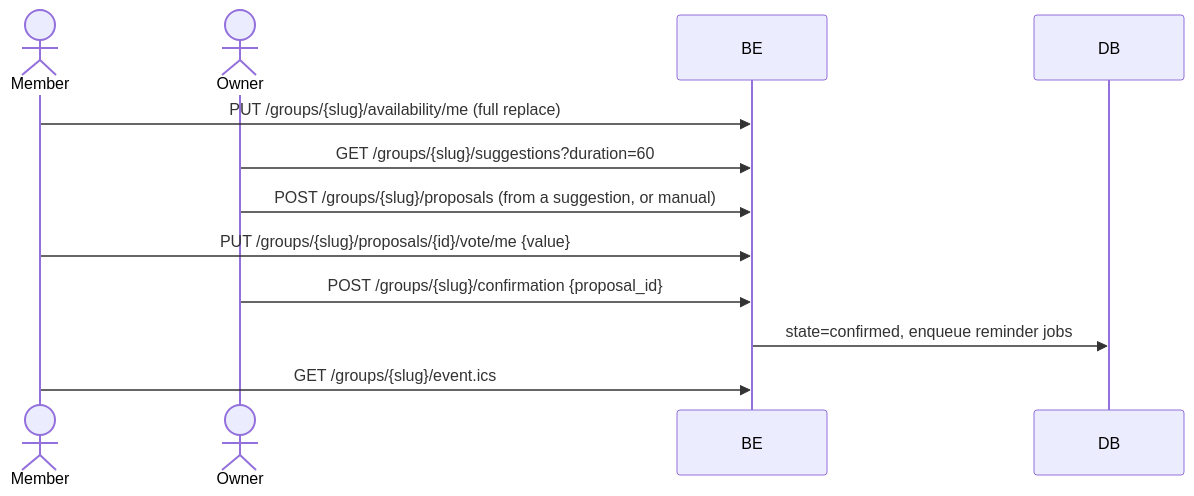
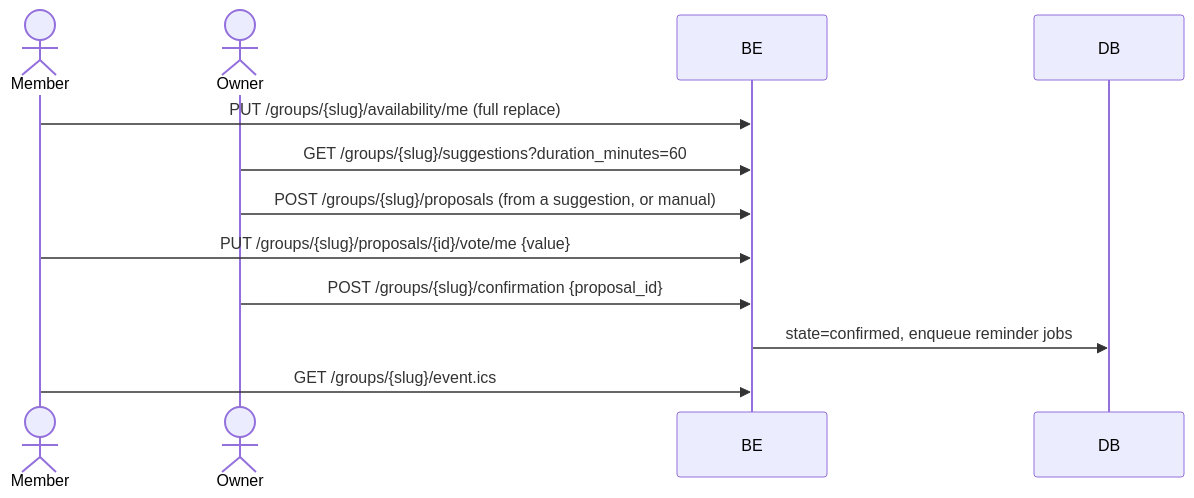
The fifth of 5 diagrams in docs/ARCHITECTURE.md (a-runebou/dd2482_project), drawn with Mermaid before and after one commit. The commit also changed other lines of this file and 9 other files, not shown here.

Commit message:
feat: Frontend init T16 - reconcile contract & architecture with coordination items C1-C9

````diff
--- a/docs/ARCHITECTURE.md
+++ b/docs/ARCHITECTURE.md
@@ -208,12 +224,12 @@
 ```mermaid
 sequenceDiagram
   actor M as Member
   actor O as Owner
   M->>BE: PUT /groups/{slug}/availability/me (full replace)
-  O->>BE: GET /groups/{slug}/suggestions?duration=60
+  O->>BE: GET /groups/{slug}/suggestions?duration_minutes=60
   O->>BE: POST /groups/{slug}/proposals (from a suggestion, or manual)
   M->>BE: PUT /groups/{slug}/proposals/{id}/vote/me {value}
   O->>BE: POST /groups/{slug}/confirmation {proposal_id}
   BE->>DB: state=confirmed, enqueue reminder jobs
   M->>BE: GET /groups/{slug}/event.ics
 ```
````
